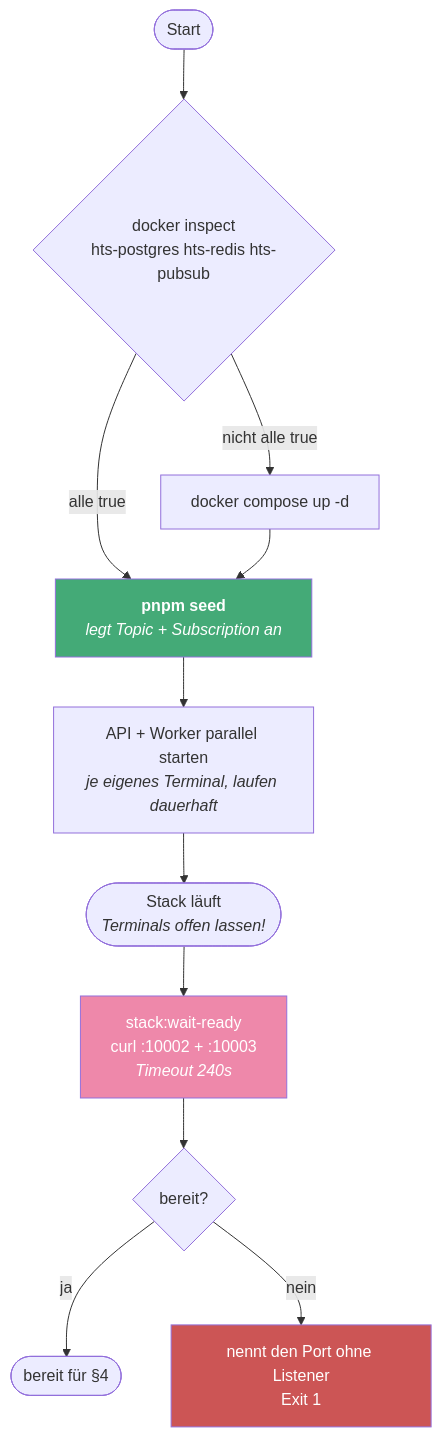
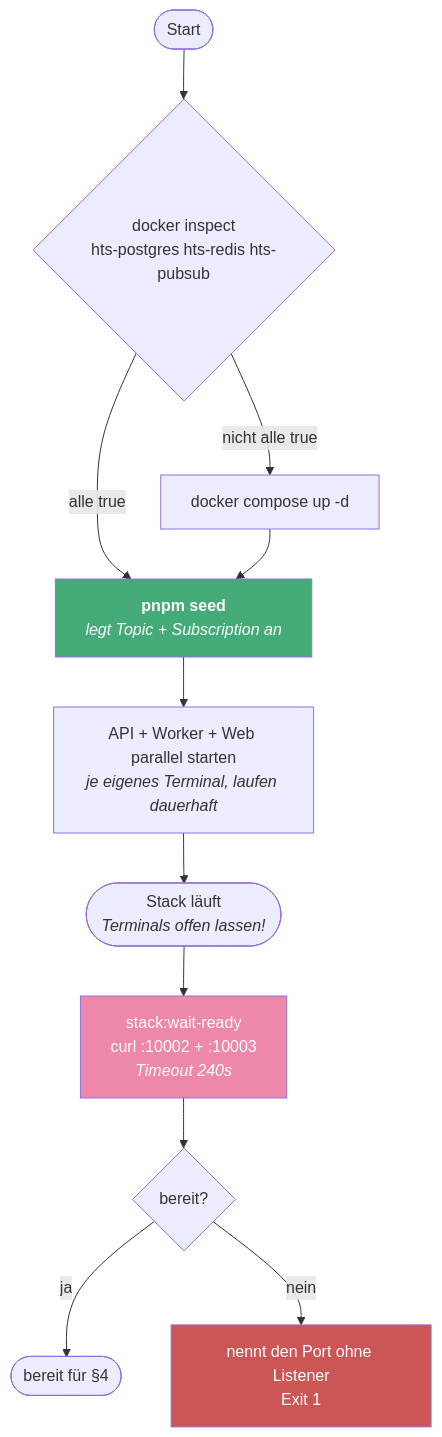
Before and after one commit to schuler-ph/high-frequency-ticket-system: the third of 10 diagrams in RUNBOOK.md, drawn with Mermaid. The commit also changed other lines of this file and 12 other files, not shown here.

````diff
--- a/RUNBOOK.md
+++ b/RUNBOOK.md
@@ -73,18 +75,18 @@
 ```mermaid
 flowchart TD
     A([Start]) --> B{"docker inspect<br/>hts-postgres hts-redis hts-pubsub"}
     B -->|nicht alle true| C["docker compose up -d"]
     B -->|alle true| D
     C --> D["<b>pnpm seed</b><br/><i>legt Topic + Subscription an</i>"]
-    D --> E["API + Worker parallel starten<br/><i>je eigenes Terminal, laufen dauerhaft</i>"]
+    D --> E["API + Worker + Web parallel starten<br/><i>je eigenes Terminal, laufen dauerhaft</i>"]
     E --> F(["Stack läuft<br/><i>Terminals offen lassen!</i>"])
 
     F --> G["stack:wait-ready<br/>curl :10002 + :10003<br/><i>Timeout 240s</i>"]
     G --> H{bereit?}
     H -->|ja| I(["bereit für §4"])
     H -->|nein| J["nennt den Port ohne Listener<br/>Exit 1"]
 
     style D fill:#4a7,color:#fff
     style G fill:#e8a,color:#fff
     style J fill:#c55,color:#fff
 ```
````
